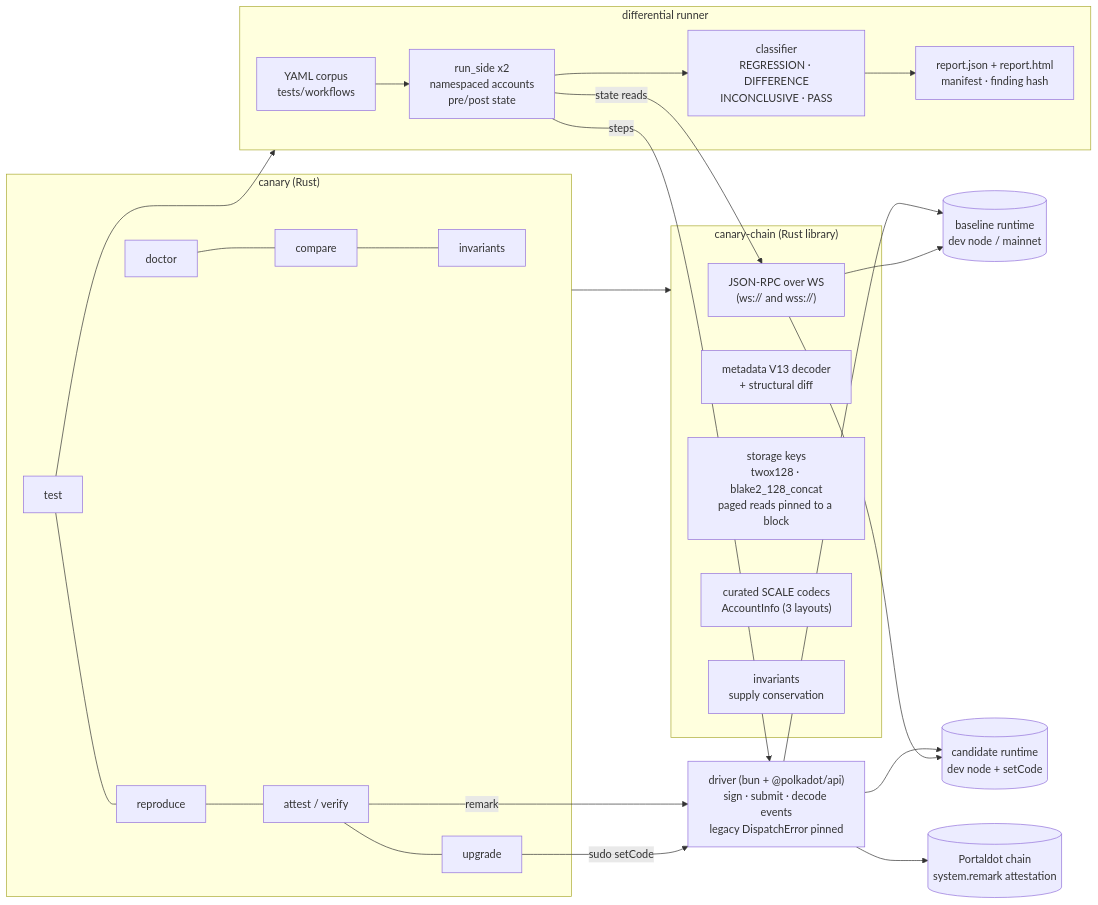
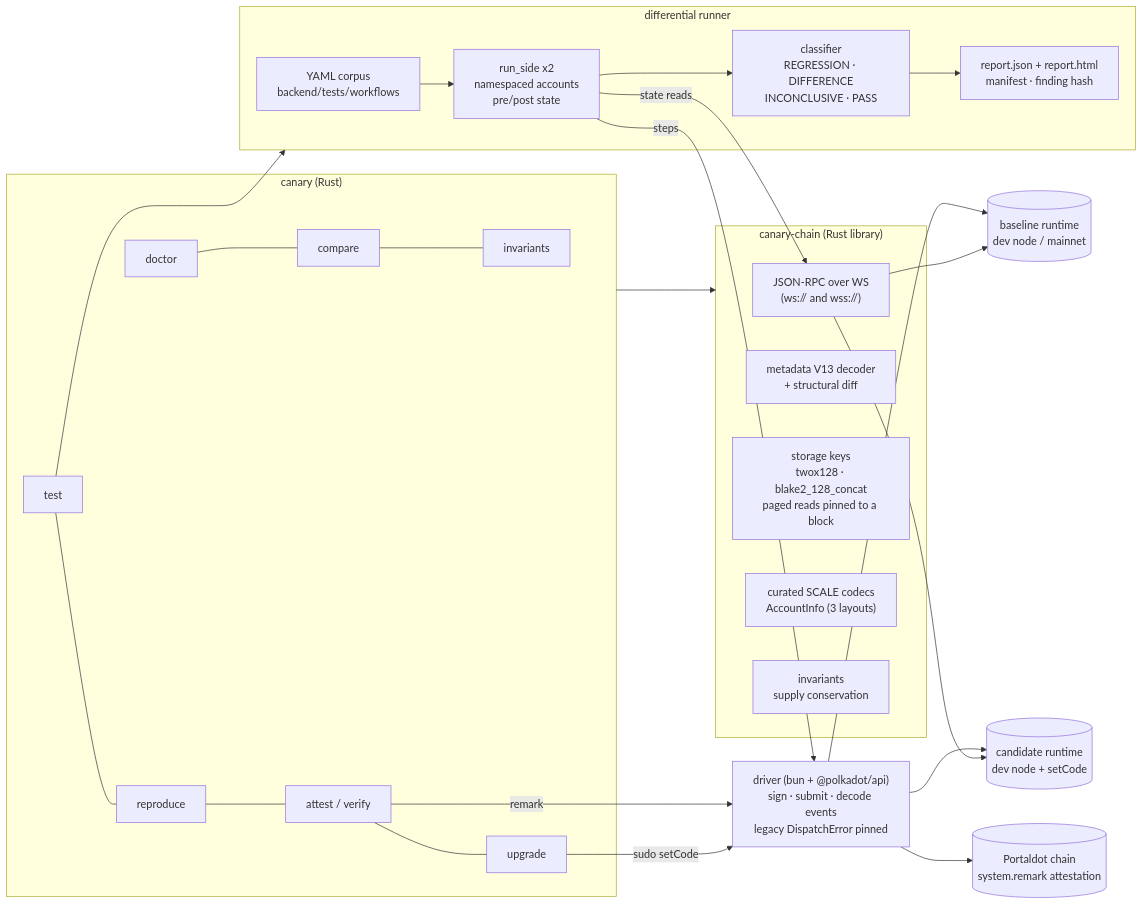
The diagram in docs/ARCHITECTURE.md (Venkat5599/PRT), drawn with Mermaid before and after one commit. The commit also changed other lines of this file and 116 other files, not shown here.

````diff
--- a/docs/ARCHITECTURE.md
+++ b/docs/ARCHITECTURE.md
@@ -3,38 +3,38 @@
 ```mermaid
 flowchart LR
   subgraph CLI["canary (Rust)"]
     doctor[doctor] --- compare[compare] --- inv[invariants]
     test[test] --- repro[reproduce] --- att[attest / verify] --- up[upgrade]
   end
 
   subgraph core["canary-chain (Rust library)"]
     rpc["JSON-RPC over WS<br/>(ws:// and wss://)"]
     md["metadata V13 decoder<br/>+ structural diff"]
     st["storage keys<br/>twox128 · blake2_128_concat<br/>paged reads pinned to a block"]
     codec["curated SCALE codecs<br/>AccountInfo (3 layouts)"]
     invl["invariants<br/>supply conservation"]
   end
 
   subgraph run["differential runner"]
-    wf["YAML corpus<br/>tests/workflows"]
+    wf["YAML corpus<br/>backend/tests/workflows"]
     side["run_side x2<br/>namespaced accounts<br/>pre/post state"]
     cls["classifier<br/>REGRESSION · DIFFERENCE<br/>INCONCLUSIVE · PASS"]
     rep["report.json + report.html<br/>manifest · finding hash"]
   end
 
   drv["driver (bun + @polkadot/api)<br/>sign · submit · decode events<br/>legacy DispatchError pinned"]
 
   B[("baseline runtime<br/>dev node / mainnet")]
   C[("candidate runtime<br/>dev node + setCode")]
   chain[("Portaldot chain<br/>system.remark attestation")]
 
   CLI --> core
   test --> run
   wf --> side --> cls --> rep
   side -- steps --> drv
   side -- state reads --> rpc
   drv --> B & C
   rpc --> B & C
   att -- remark --> drv --> chain
   up -- sudo setCode --> drv
 ```
````
